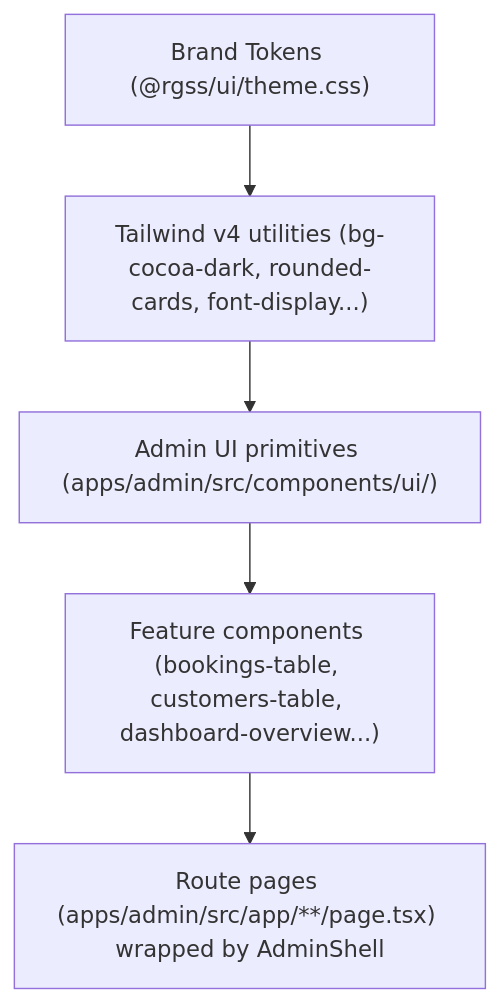
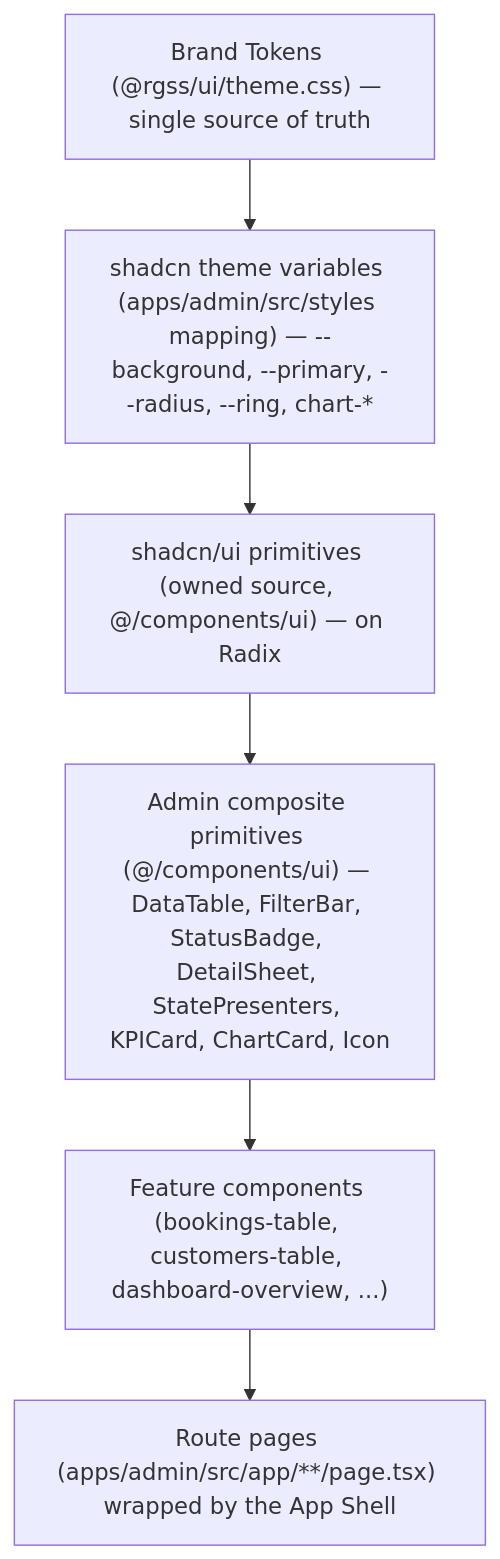
The second of 5 diagrams in .kiro/specs/admin-portal-redesign/design.md (royalglowsalonspa/theroyalglow-webapp), drawn with Mermaid before and after one commit. The commit also changed other lines of this file and 80 other files, not shown here.

First line of the commit message:
feat(admin): redesign admin portal on a shadcn UI system

````diff
--- a/.kiro/specs/admin-portal-redesign/design.md
+++ b/.kiro/specs/admin-portal-redesign/design.md
@@ -149,9 +243,10 @@
 ```mermaid
 graph TD
-  L0["Brand Tokens (@rgss/ui/theme.css)"]
-  L1["Tailwind v4 utilities (bg-cocoa-dark, rounded-cards, font-display...)"]
-  L2["Admin UI primitives (apps/admin/src/components/ui/)"]
-  L3["Feature components (bookings-table, customers-table, dashboard-overview...)"]
-  L4["Route pages (apps/admin/src/app/**/page.tsx) wrapped by AdminShell"]
-  L0 --> L1 --> L2 --> L3 --> L4
+  L0["Brand Tokens (@rgss/ui/theme.css) — single source of truth"]
+  L1["shadcn theme variables (apps/admin/src/styles mapping) — --background, --primary, --radius, --ring, chart-*"]
+  L2["shadcn/ui primitives (owned source, @/components/ui) — on Radix"]
+  L3["Admin composite primitives (@/components/ui) — DataTable, FilterBar, StatusBadge, DetailSheet, StatePresenters, KPICard, ChartCard, Icon"]
+  L4["Feature components (bookings-table, customers-table, dashboard-overview, ...)"]
+  L5["Route pages (apps/admin/src/app/**/page.tsx) wrapped by the App Shell"]
+  L0 --> L1 --> L2 --> L3 --> L4 --> L5
 ```
````
